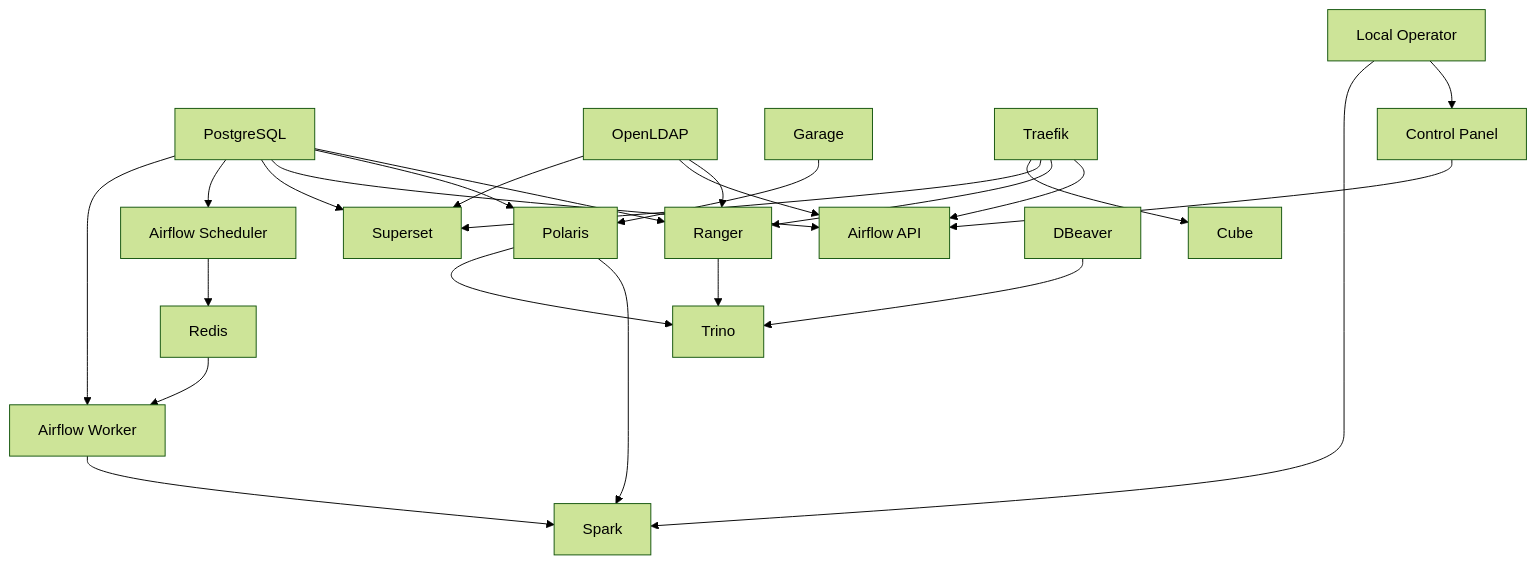
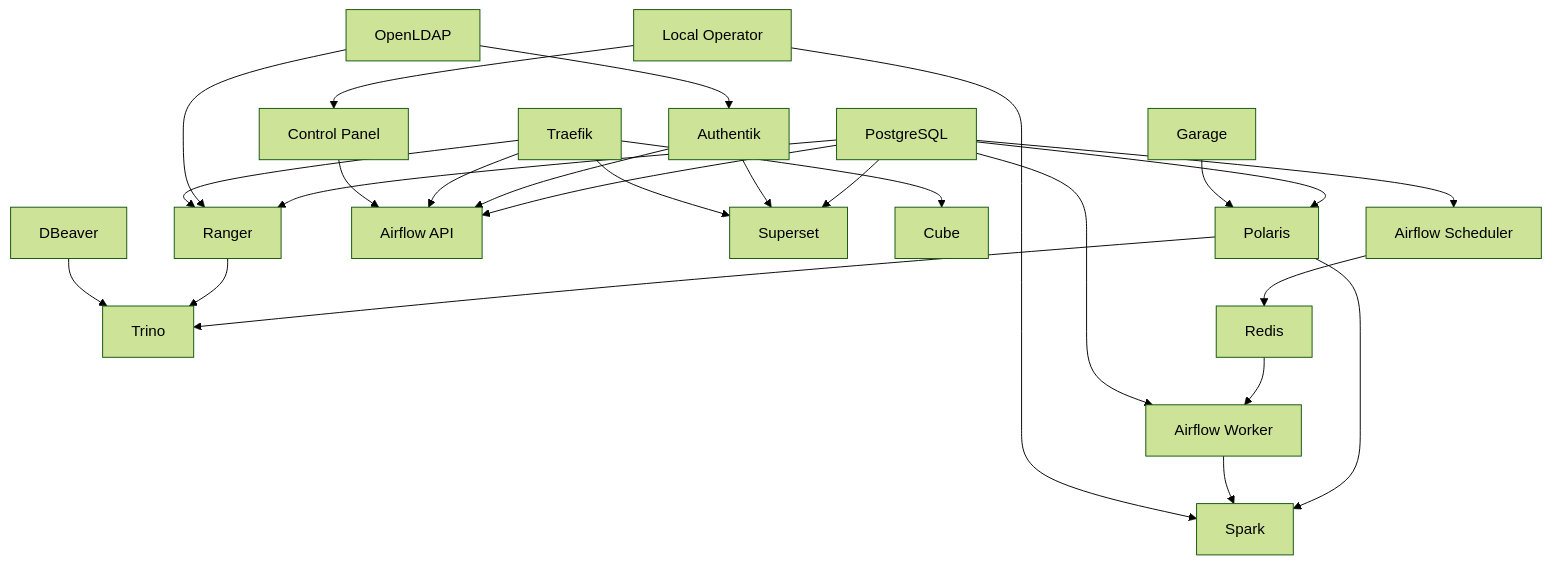
Before and after one commit to AlexHilberer/On-Prem-Data-Lakehouse: the diagram in platform/README.md, drawn with Mermaid (forest theme). The commit also changed other lines of this file and 41 other files, not shown here.

````diff
--- a/platform/README.md
+++ b/platform/README.md
@@ -46,25 +48,26 @@
 ```mermaid
 flowchart TD
   PostgreSQL --> Ranger
   PostgreSQL --> Polaris
   PostgreSQL --> AirflowAPI["Airflow API"]
   PostgreSQL --> Superset
   OpenLDAP --> Ranger
-  OpenLDAP --> AirflowAPI
-  OpenLDAP --> Superset
+  OpenLDAP --> Authentik
+  Authentik --> AirflowAPI
+  Authentik --> Superset
   Garage --> Polaris
   Polaris --> Spark
   Polaris --> Trino
   Ranger --> Trino
   Traefik --> AirflowAPI
   Traefik --> Ranger
   Traefik --> Superset
   Traefik --> Cube
   ControlPanel["Control Panel"] --> AirflowAPI
   Scheduler["Airflow Scheduler"] --> Redis --> AirflowWorker["Airflow Worker"]
   PostgreSQL --> Scheduler & AirflowWorker
   AirflowWorker --> Spark
   LocalOperator["Local Operator"] --> ControlPanel
   LocalOperator --> Spark
   DBeaver --> Trino
 ```
````
